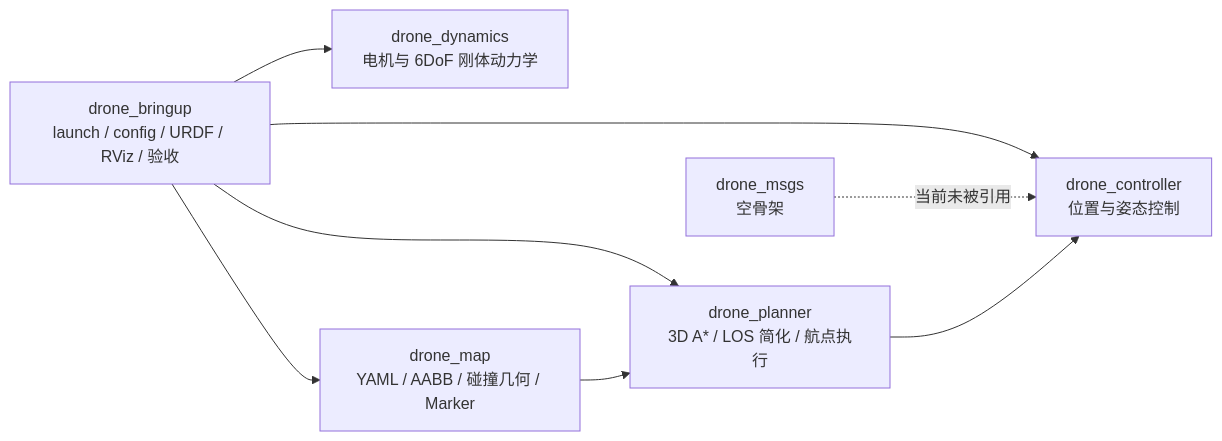
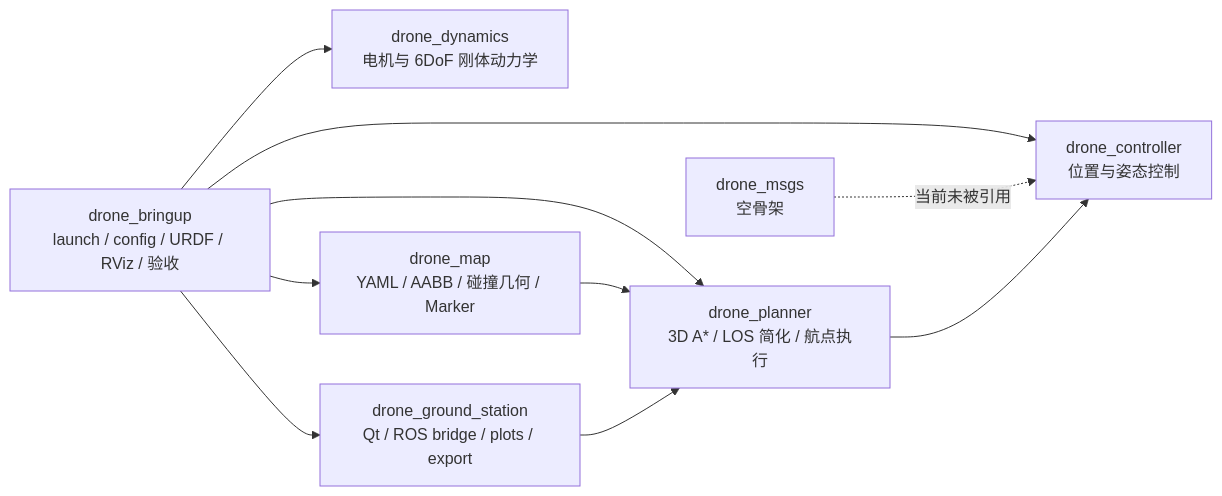
Before and after one commit to wu427/ros2_quadrotor_sim: the first of 3 diagrams in docs/ARCHITECTURE_OVERVIEW.md, drawn with Mermaid. The commit also changed other lines of this file and 51 other files, not shown here.

Commit message:
feat: add showcase planning and Qt ground station

````diff
--- a/docs/ARCHITECTURE_OVERVIEW.md
+++ b/docs/ARCHITECTURE_OVERVIEW.md
@@ -38,17 +39,20 @@
 ```mermaid
 flowchart LR
     B["drone_bringup<br/>launch / config / URDF / RViz / 验收"]
     C["drone_controller<br/>位置与姿态控制"]
     D["drone_dynamics<br/>电机与 6DoF 刚体动力学"]
     M["drone_msgs<br/>空骨架"]
     MAP["drone_map<br/>YAML / AABB / 碰撞几何 / Marker"]
     P["drone_planner<br/>3D A* / LOS 简化 / 航点执行"]
+    GS["drone_ground_station<br/>Qt / ROS bridge / plots / export"]
 
     B --> C
     B --> D
     B --> MAP
     B --> P
+    B --> GS
     M -. "当前未被引用" .-> C
     MAP --> P
     P --> C
+    GS --> P
 ```
````
